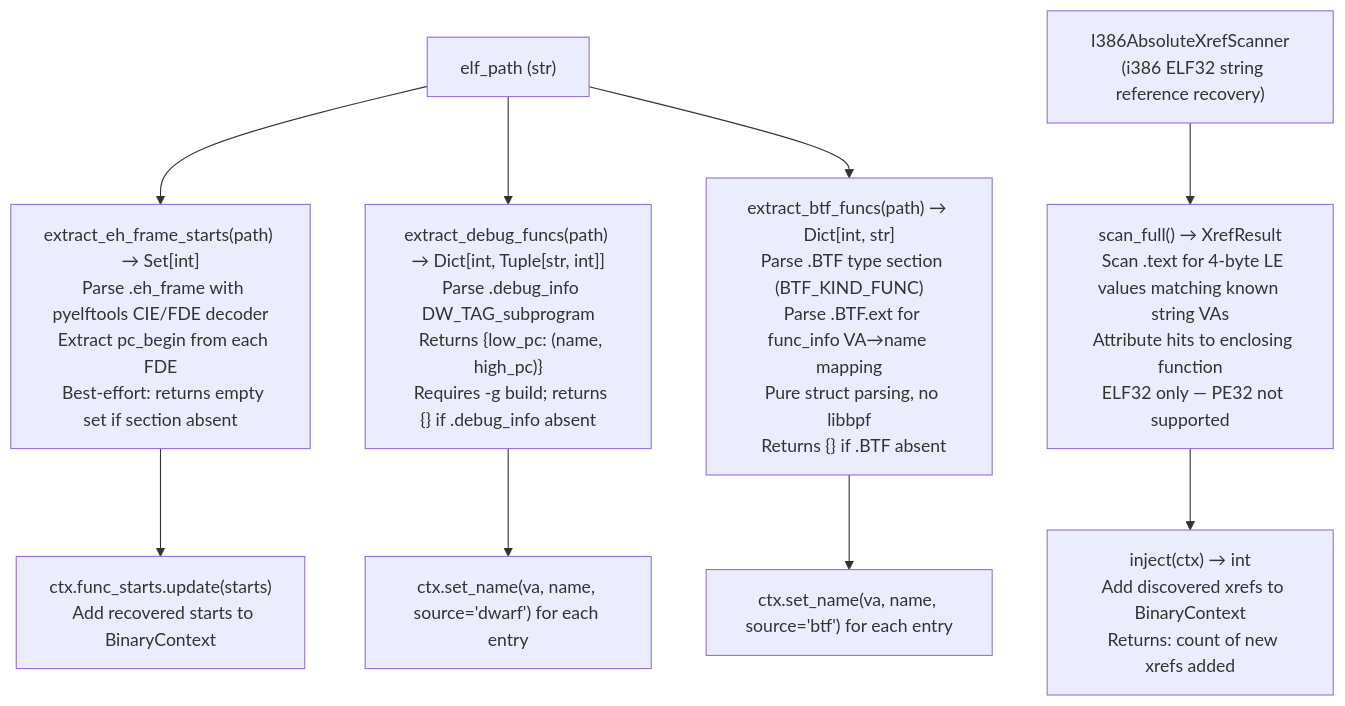
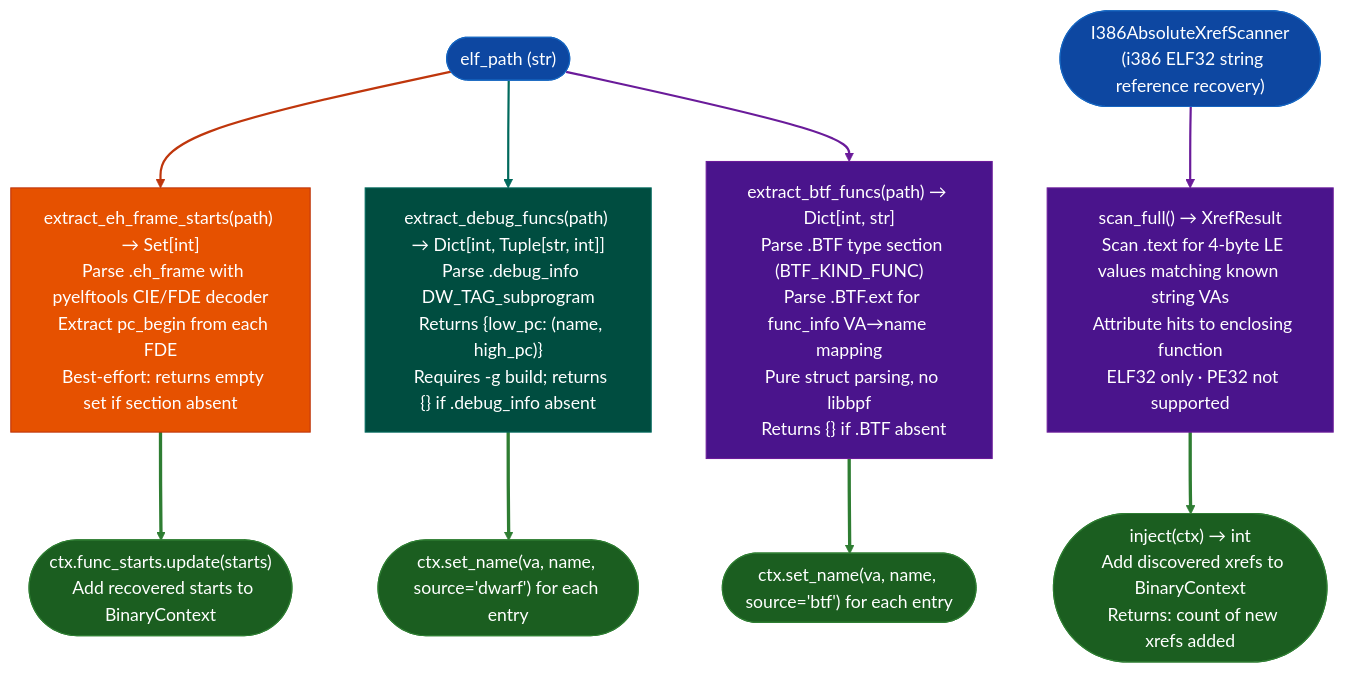
One commit to Ablation-Tool/ablation changed the diagram in docs/reference-modules/debug-metadata-recovery.md. Above: the diagram before and after it, drawn with Mermaid. The commit also changed 320 other files, not shown here.

First line of the commit message:
docs: apply canonical Mermaid template to all 321 diagrams

````diff
--- a/docs/reference-modules/debug-metadata-recovery.md
+++ b/docs/reference-modules/debug-metadata-recovery.md
@@ -19,12 +19,26 @@
 ```mermaid
 flowchart TD
-    P["elf_path (str)"] --> B["extract_eh_frame_starts(path) → Set[int]\n  Parse .eh_frame with pyelftools CIE/FDE decoder\n  Extract pc_begin from each FDE\n  Best-effort: returns empty set if section absent"]
-    P --> C["extract_debug_funcs(path) → Dict[int, Tuple[str, int]]\n  Parse .debug_info DW_TAG_subprogram\n  Returns {low_pc: (name, high_pc)}\n  Requires -g build; returns {} if .debug_info absent"]
-    P --> D["extract_btf_funcs(path) → Dict[int, str]\n  Parse .BTF type section (BTF_KIND_FUNC)\n  Parse .BTF.ext for func_info VA→name mapping\n  Pure struct parsing, no libbpf\n  Returns {} if .BTF absent"]
-    B --> E["ctx.func_starts.update(starts)\n  Add recovered starts to BinaryContext"]
-    C --> F["ctx.set_name(va, name, source='dwarf') for each entry"]
-    D --> F2["ctx.set_name(va, name, source='btf') for each entry"]
+    P(["elf_path (str)"]):::input --> B["extract_eh_frame_starts(path) → Set[int]\n  Parse .eh_frame with pyelftools CIE/FDE decoder\n  Extract pc_begin from each FDE\n  Best-effort: returns empty set if section absent"]:::primary
+    P:::input --> C["extract_debug_funcs(path) → Dict[int, Tuple[str, int]]\n  Parse .debug_info DW_TAG_subprogram\n  Returns {low_pc: (name, high_pc)}\n  Requires -g build; returns {} if .debug_info absent"]:::secondary
+    P:::input --> D["extract_btf_funcs(path) → Dict[int, str]\n  Parse .BTF type section (BTF_KIND_FUNC)\n  Parse .BTF.ext for func_info VA→name mapping\n  Pure struct parsing, no libbpf\n  Returns {} if .BTF absent"]:::tertiary
+    B:::primary --> E(["ctx.func_starts.update(starts)\n  Add recovered starts to BinaryContext"]):::output
+    C:::secondary --> F(["ctx.set_name(va, name, source='dwarf') for each entry"]):::output
+    D:::tertiary --> F2(["ctx.set_name(va, name, source='btf') for each entry"]):::output
 
-    G["I386AbsoluteXrefScanner\n  (i386 ELF32 string reference recovery)"] --> H["scan_full() → XrefResult\n  Scan .text for 4-byte LE values matching known string VAs\n  Attribute hits to enclosing function\n  ELF32 only — PE32 not supported"]
-    H --> I["inject(ctx) → int\n  Add discovered xrefs to BinaryContext\n  Returns: count of new xrefs added"]
+    G(["I386AbsoluteXrefScanner\n  (i386 ELF32 string reference recovery)"]):::input --> H["scan_full() → XrefResult\n  Scan .text for 4-byte LE values matching known string VAs\n  Attribute hits to enclosing function\n  ELF32 only · PE32 not supported"]:::tertiary
+    H:::tertiary --> I(["inject(ctx) → int\n  Add discovered xrefs to BinaryContext\n  Returns: count of new xrefs added"]):::output
+    classDef input     fill:#0d47a1,stroke:#1565c0,color:#fff
+    classDef primary   fill:#e65100,stroke:#bf360c,color:#fff
+    classDef secondary fill:#004d40,stroke:#00695c,color:#fff
+    classDef tertiary  fill:#4a148c,stroke:#6a1b9a,color:#fff
+    classDef neutral   fill:#37474f,stroke:#546e7a,color:#fff
+    classDef output    fill:#1b5e20,stroke:#2e7d32,color:#fff
+    linkStyle 0 stroke:#bf360c,stroke-width:2px
+    linkStyle 1 stroke:#00695c,stroke-width:2px
+    linkStyle 2 stroke:#6a1b9a,stroke-width:2px
+    linkStyle 3 stroke:#2e7d32,stroke-width:3px
+    linkStyle 4 stroke:#2e7d32,stroke-width:3px
+    linkStyle 5 stroke:#2e7d32,stroke-width:3px
+    linkStyle 6 stroke:#6a1b9a,stroke-width:2px
+    linkStyle 7 stroke:#2e7d32,stroke-width:3px
 ```
````
